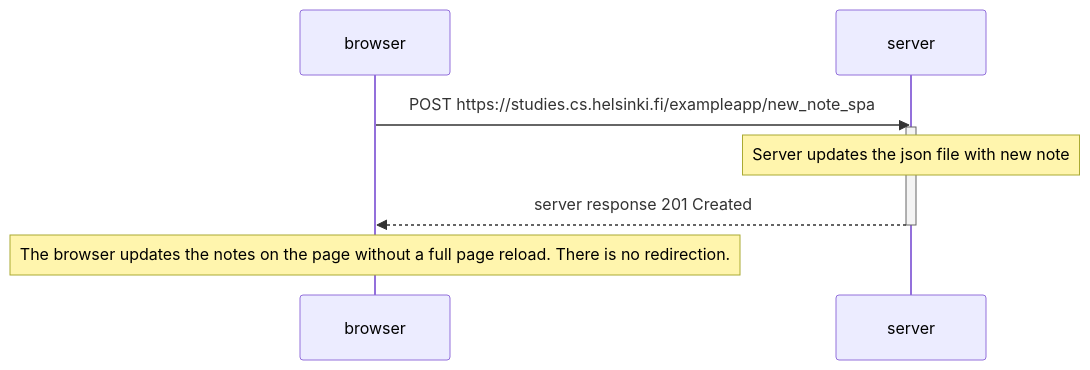
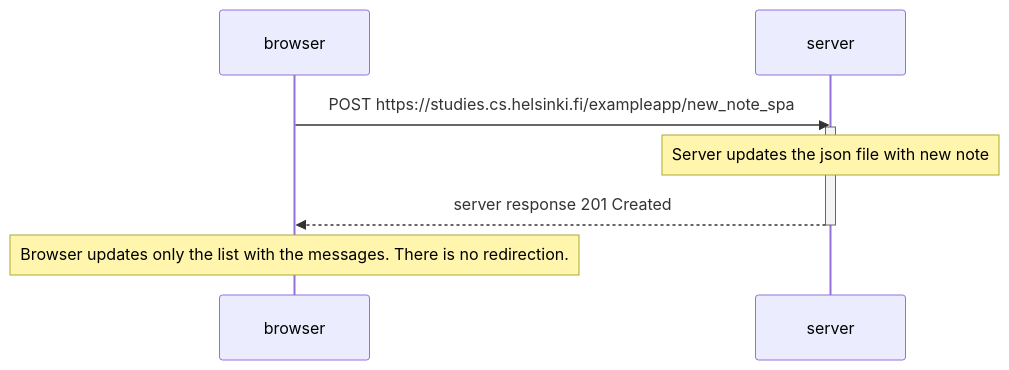
Before and after one commit to alejandro-mielgo/fullstack_open: the diagram in part_0/0.6_new_note_in_SPA.md, drawn with Mermaid.

````diff
--- a/part_0/0.6_new_note_in_SPA.md
+++ b/part_0/0.6_new_note_in_SPA.md
@@ -1,13 +1,13 @@
 ```mermaid
 sequenceDiagram
     participant browser
     participant server 
 
     browser->>server: POST https://studies.cs.helsinki.fi/exampleapp/new_note_spa
     activate server
     Note over server: Server updates the json file with new note
     server-->>browser: server response 201 Created
     deactivate server
 
-    Note over browser: The browser updates the notes on the page without a full page reload. There is no redirection.
+    Note over browser: Browser updates only the list with the messages. There is no redirection.
 ```
````
